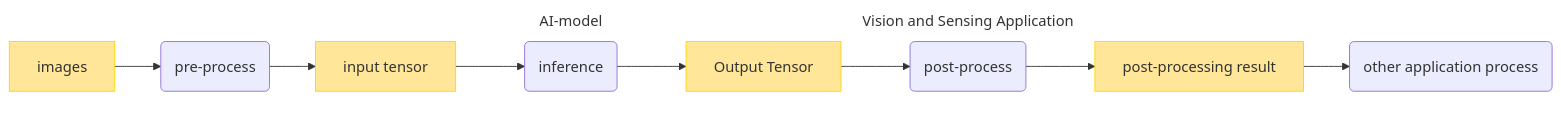
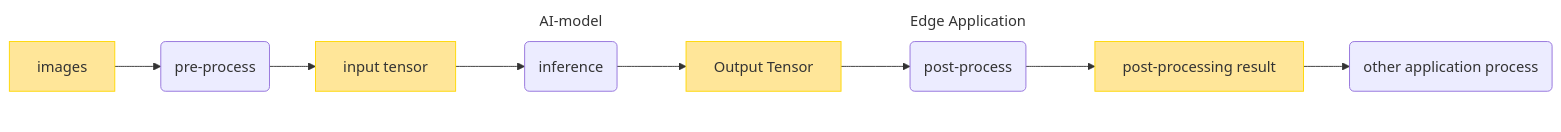
Before and after one commit to ZucchiniTang/aitrios-sdk-vision-sensing-app: the first of 4 diagrams in tutorials/4_prepare_application/1_develop/README.md, drawn with Mermaid. The commit also changed other lines of this file and 170 other files, not shown here.

````diff
--- a/tutorials/4_prepare_application/1_develop/README.md
+++ b/tutorials/4_prepare_application/1_develop/README.md
@@ -6,33 +6,33 @@
 ```mermaid
 graph LR;
     %% definition
     classDef object fill:#FFE699, stroke:#FFD700
     style sub1 fill:#FFFFFF, stroke:#FFFFFF
     style sub2 fill:#FFFFFF, stroke:#FFFFFF
 
 
     id1[images]:::object
     id2(pre-process)
     id3[input tensor]:::object
     id4(inference)
     id5[Output Tensor]:::object
     id6(post-process)
     id7[post-processing result]:::object
     id8(other application process)
 
     id1-->id2
     id2-->id3
     subgraph sub1[AI-model]
     id4
     end
     id3-->id4
     id4-->id5
-    subgraph sub2[Vision and Sensing Application]
+    subgraph sub2[Edge Application]
         id6
     end
     id5-->id6
 
     id6-->id7
     id7-->id8
 
 ```
````
